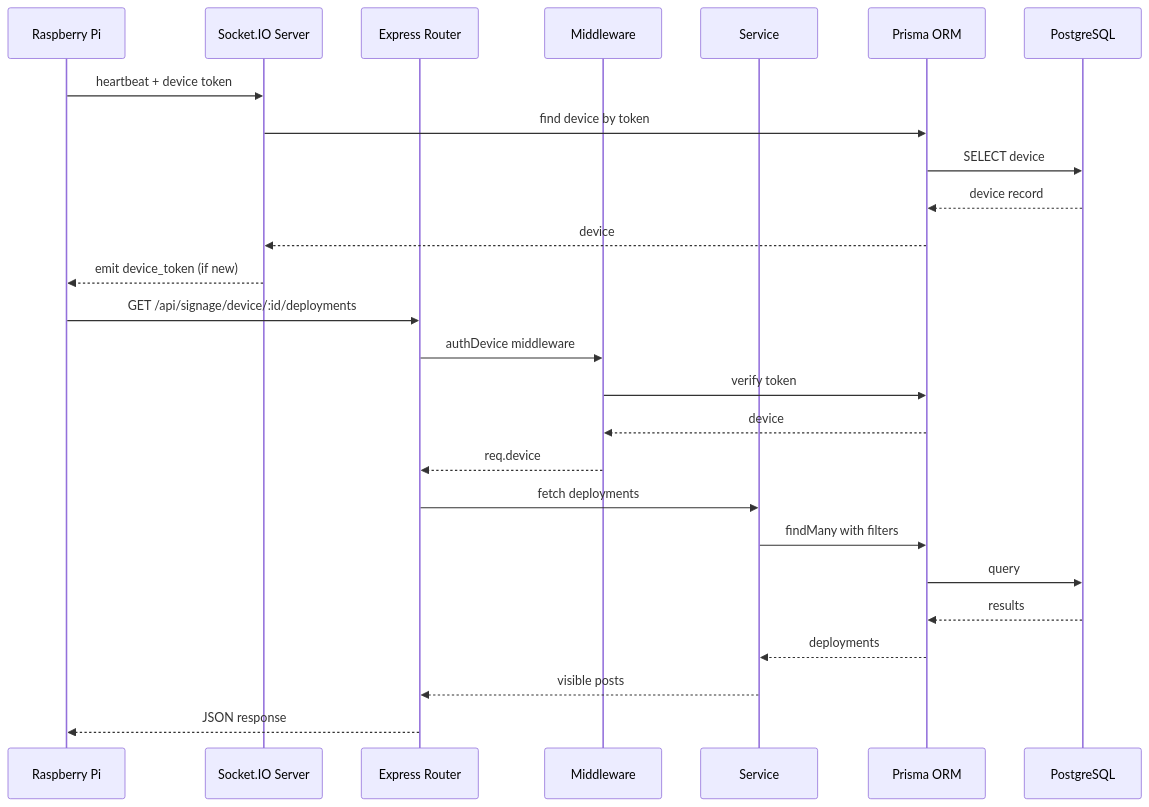
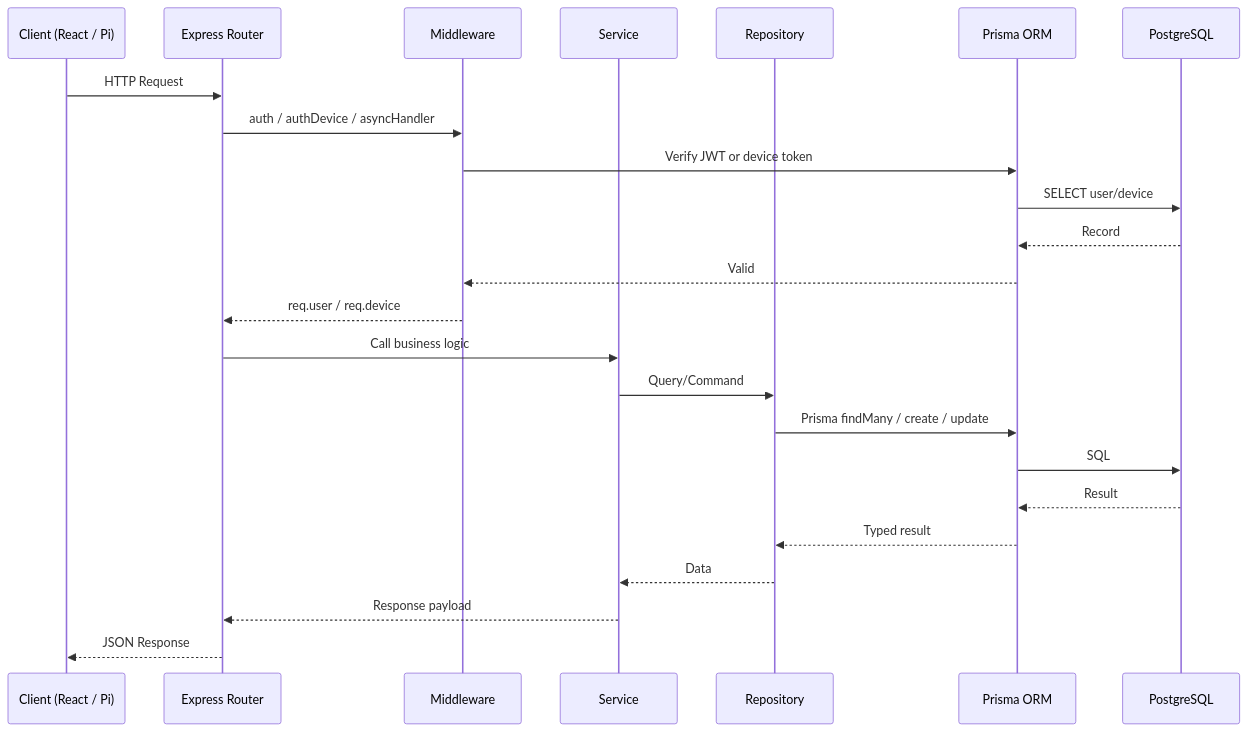
One commit to DevaBDM/Smart-Signage-System changed the second of 4 diagrams in backend/README.md. Above: the diagram before and after it, drawn with Mermaid. The commit also changed other lines of this file and 10 other files, not shown here.

````diff
--- a/backend/README.md
+++ b/backend/README.md
@@ -149,30 +192,27 @@
 ```mermaid
 sequenceDiagram
-    participant Pi as Raspberry Pi
-    participant IO as Socket.IO Server
-    participant Express as Express Router
-    participant MW as Middleware
-    participant Svc as Service
-    participant Prisma as Prisma ORM
+    participant C as Client (React / Pi)
+    participant R as Express Router
+    participant M as Middleware
+    participant S as Service
+    participant Repo as Repository
+    participant P as Prisma ORM
     participant DB as PostgreSQL
 
-    Pi->>IO: heartbeat + device token
-    IO->>Prisma: find device by token
-    Prisma->>DB: SELECT device
-    DB-->>Prisma: device record
-    Prisma-->>IO: device
-    IO-->>Pi: emit device_token (if new)
-
-    Pi->>Express: GET /api/signage/device/:id/deployments
-    Express->>MW: authDevice middleware
-    MW->>Prisma: verify token
-    Prisma-->>MW: device
-    MW-->>Express: req.device
-    Express->>Svc: fetch deployments
-    Svc->>Prisma: findMany with filters
-    Prisma->>DB: query
-    DB-->>Prisma: results
-    Prisma-->>Svc: deployments
-    Svc-->>Express: visible posts
-    Express-->>Pi: JSON response
+    C->>R: HTTP Request
+    R->>M: auth / authDevice / asyncHandler
+    M->>P: Verify JWT or device token
+    P->>DB: SELECT user/device
+    DB-->>P: Record
+    P-->>M: Valid
+    M-->>R: req.user / req.device
+    R->>S: Call business logic
+    S->>Repo: Query/Command
+    Repo->>P: Prisma findMany / create / update
+    P->>DB: SQL
+    DB-->>P: Result
+    P-->>Repo: Typed result
+    Repo-->>S: Data
+    S-->>R: Response payload
+    R-->>C: JSON Response
 ```
````
